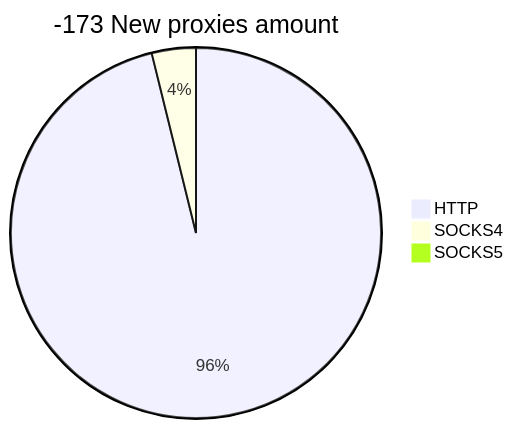
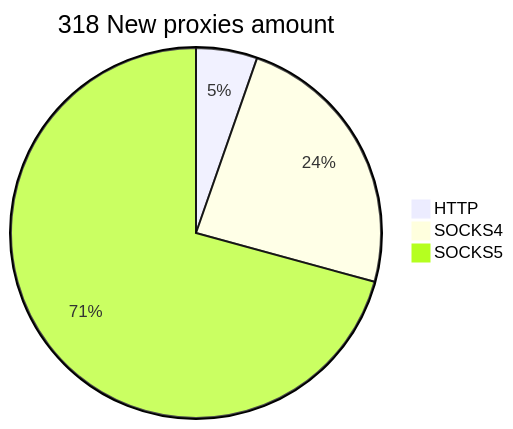
One commit to cutipu/proxylist changed the second of 2 diagrams in README.md. Above: the diagram before and after it, drawn with Mermaid. The commit also changed other lines of this file, not shown here.

````diff
--- a/README.md
+++ b/README.md
@@ -10,6 +10,6 @@
 ```mermaid
-pie title -173 New proxies amount
-    "HTTP" : 50
-    "SOCKS4" : 2
-    "SOCKS5" : 0
+pie title 318 New proxies amount
+    "HTTP" : 17
+    "SOCKS4" : 76
+    "SOCKS5" : 225
 ```
````
